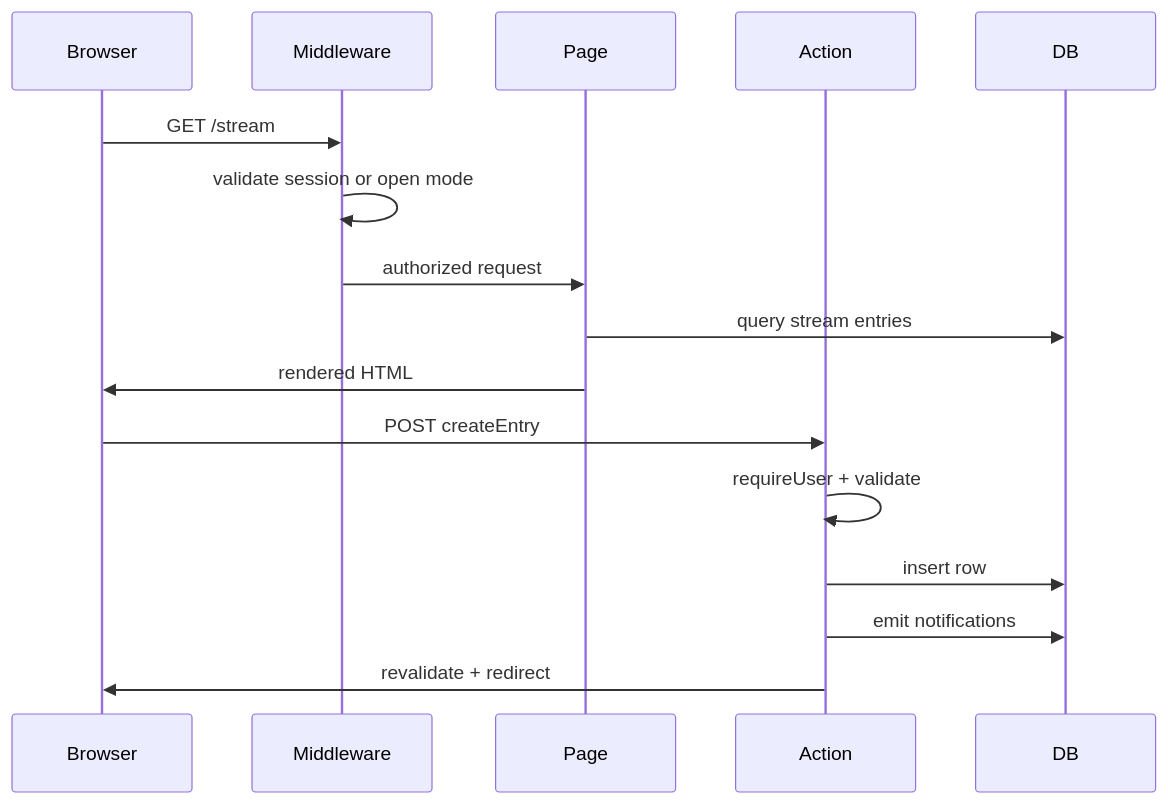
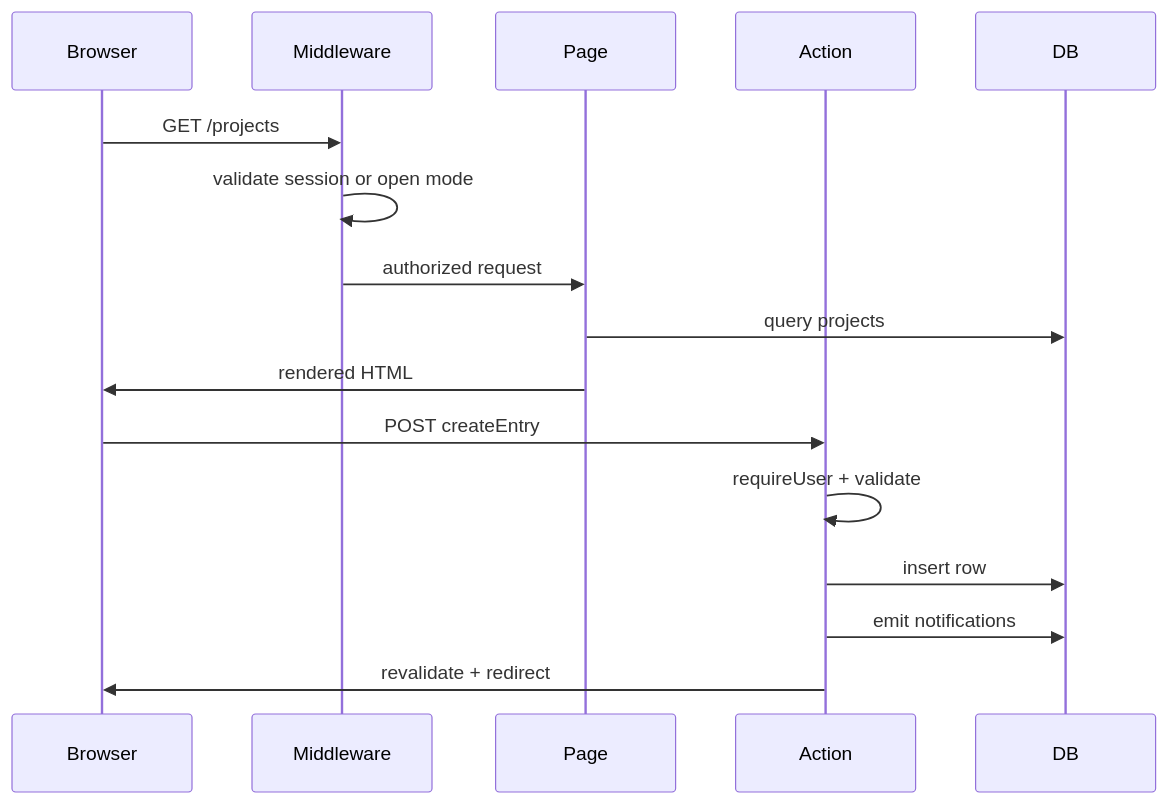
One commit to csubj/hearth changed the second of 5 diagrams in docs/architecture/index.md. Above: the diagram before and after it, drawn with Mermaid. The commit also changed other lines of this file and 33 other files, not shown here.

````diff
--- a/docs/architecture/index.md
+++ b/docs/architecture/index.md
@@ -61,20 +61,20 @@
 ```mermaid
 sequenceDiagram
   participant Browser
   participant Middleware
   participant Page
   participant Action
   participant DB
 
-  Browser->>Middleware: GET /stream
+  Browser->>Middleware: GET /projects
   Middleware->>Middleware: validate session or open mode
   Middleware->>Page: authorized request
-  Page->>DB: query stream entries
+  Page->>DB: query projects
   Page->>Browser: rendered HTML
 
   Browser->>Action: POST createEntry
   Action->>Action: requireUser + validate
   Action->>DB: insert row
   Action->>DB: emit notifications
   Action->>Browser: revalidate + redirect
 ```
````
